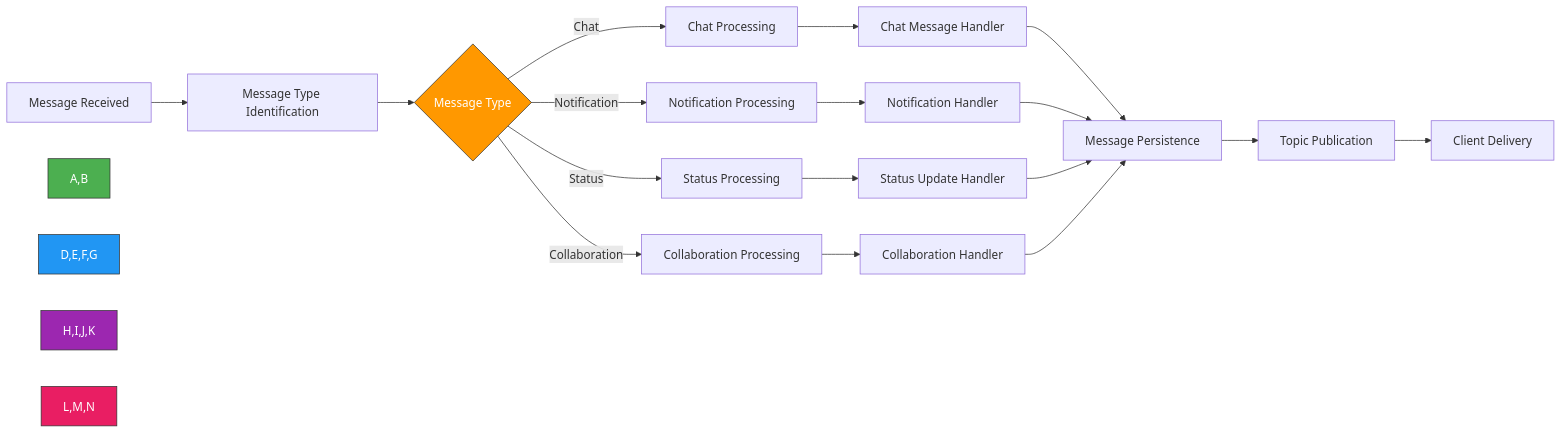
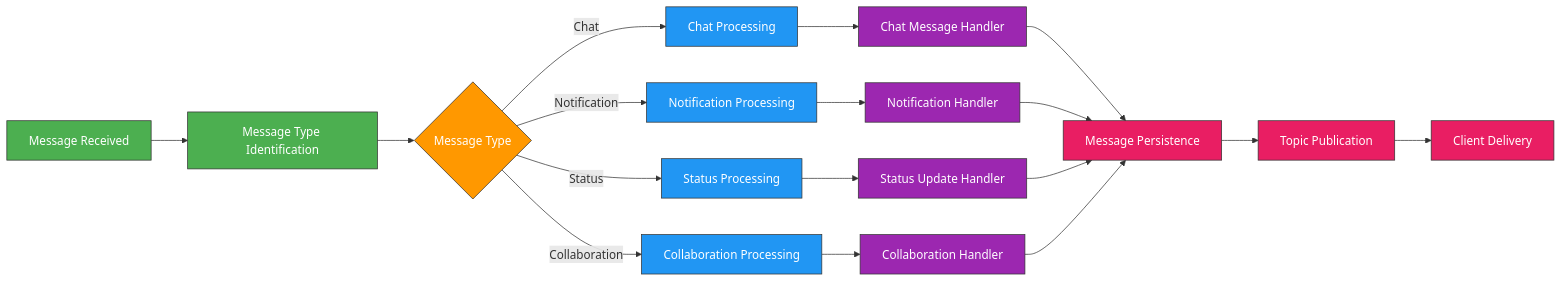
The fourth of 8 diagrams in TuPhung_Docs/docs/backend/websockets.md (TuPhung369/Haaga_Backend_Programming), drawn with Mermaid before and after one commit. The commit also changed other lines of this file and 25 other files, not shown here.

````diff
--- a/TuPhung_Docs/docs/backend/websockets.md
+++ b/TuPhung_Docs/docs/backend/websockets.md
@@ -119,29 +123,35 @@
 ```mermaid
 flowchart LR
     A[Message Received] --> B[Message Type Identification]
     B --> C{Message Type}
-    
+
     C -->|Chat| D[Chat Processing]
     C -->|Notification| E[Notification Processing]
     C -->|Status| F[Status Processing]
     C -->|Collaboration| G[Collaboration Processing]
-    
+
     D --> H[Chat Message Handler]
     E --> I[Notification Handler]
     F --> J[Status Update Handler]
     G --> K[Collaboration Handler]
-    
+
     H --> L[Message Persistence]
     I --> L
     J --> L
     K --> L
-    
+
     L --> M[Topic Publication]
     M --> N[Client Delivery]
-    
-    style A,B fill:#4CAF50,stroke:#333,stroke-width:1px,color:#fff
-    style C fill:#FF9800,stroke:#333,stroke-width:1px,color:#fff
-    style D,E,F,G fill:#2196F3,stroke:#333,stroke-width:1px,color:#fff
-    style H,I,J,K fill:#9C27B0,stroke:#333,stroke-width:1px,color:#fff
-    style L,M,N fill:#E91E63,stroke:#333,stroke-width:1px,color:#fff
+
+    classDef endpoints fill:#4CAF50,stroke:#333,stroke-width:1px,color:#fff
+    classDef router fill:#FF9800,stroke:#333,stroke-width:1px,color:#fff
+    classDef handlers fill:#2196F3,stroke:#333,stroke-width:1px,color:#fff
+    classDef processors fill:#9C27B0,stroke:#333,stroke-width:1px,color:#fff
+    classDef publishers fill:#E91E63,stroke:#333,stroke-width:1px,color:#fff
+
+    class A,B endpoints
+    class C router
+    class D,E,F,G handlers
+    class H,I,J,K processors
+    class L,M,N publishers
 ```
````
